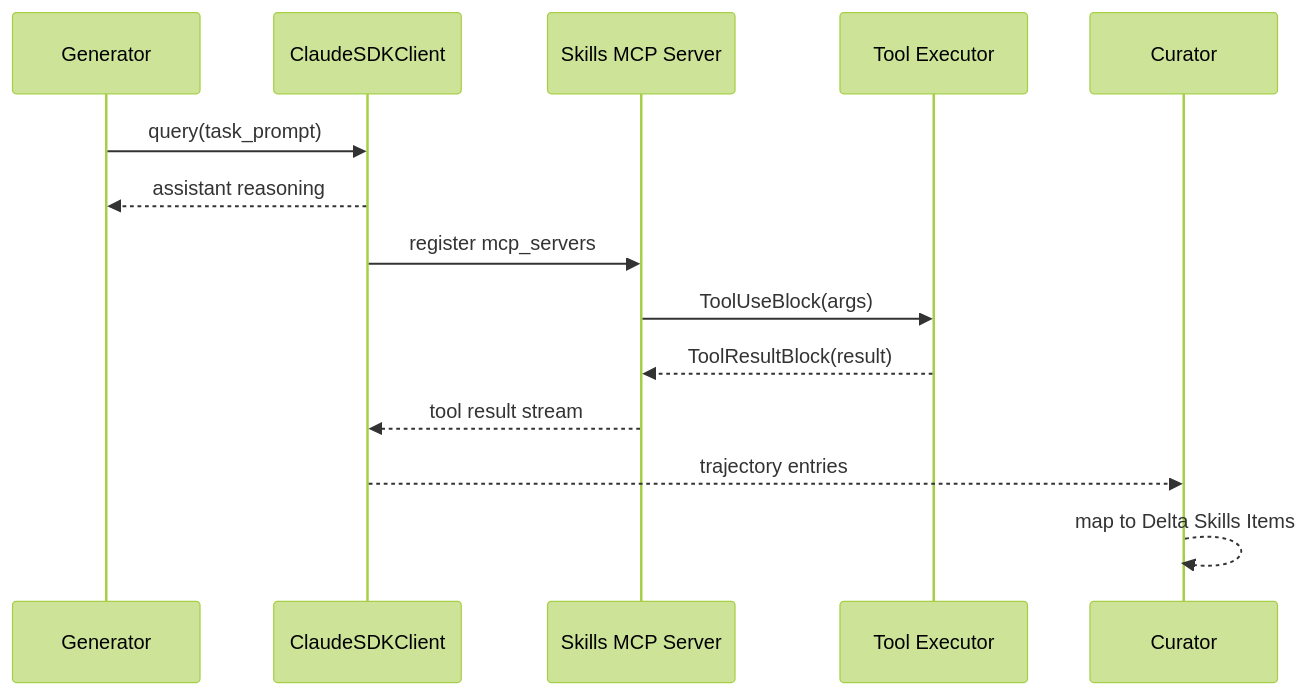
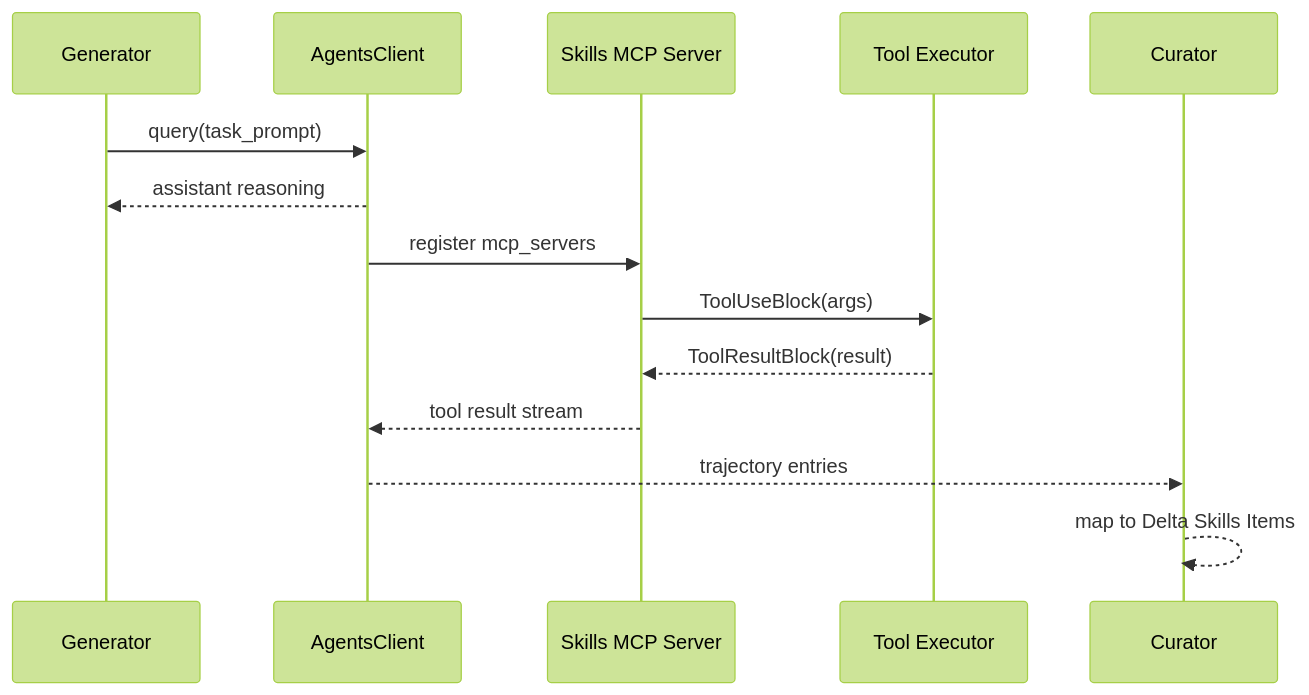
One commit to RawleySM/agentic-context-engine changed the second of 4 diagrams in docs/ACEskills_plan.md. Above: the diagram before and after it, drawn with Mermaid (forest theme). The commit also changed other lines of this file, not shown here.

Commit message:
Refactor skills plan for OpenAI Agents SDK

````diff
--- a/docs/ACEskills_plan.md
+++ b/docs/ACEskills_plan.md
@@ -69,17 +69,17 @@
 ```mermaid
 sequenceDiagram
     participant Generator
-    participant ClaudeSDKClient as ClaudeSDKClient
+    participant AgentsClient as AgentsClient
     participant SkillsLoop as Skills MCP Server
     participant Tool as Tool Executor
     participant Curator
 
-    Generator->>ClaudeSDKClient: query(task_prompt)
-    ClaudeSDKClient-->>Generator: assistant reasoning
-    ClaudeSDKClient->>SkillsLoop: register mcp_servers
+    Generator->>AgentsClient: query(task_prompt)
+    AgentsClient-->>Generator: assistant reasoning
+    AgentsClient->>SkillsLoop: register mcp_servers
     SkillsLoop->>Tool: ToolUseBlock(args)
     Tool-->>SkillsLoop: ToolResultBlock(result)
-    SkillsLoop-->>ClaudeSDKClient: tool result stream
-    ClaudeSDKClient-->>Curator: trajectory entries
+    SkillsLoop-->>AgentsClient: tool result stream
+    AgentsClient-->>Curator: trajectory entries
     Curator-->>Curator: map to Delta Skills Items
 ```
````
